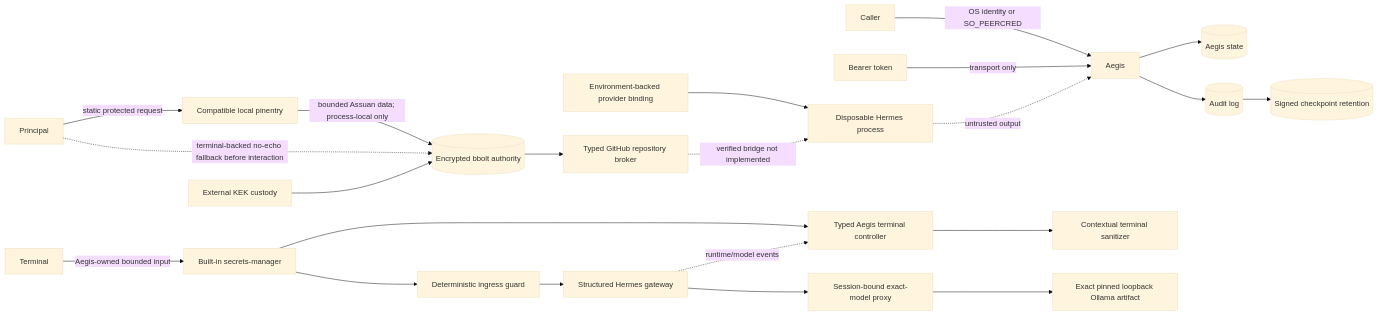
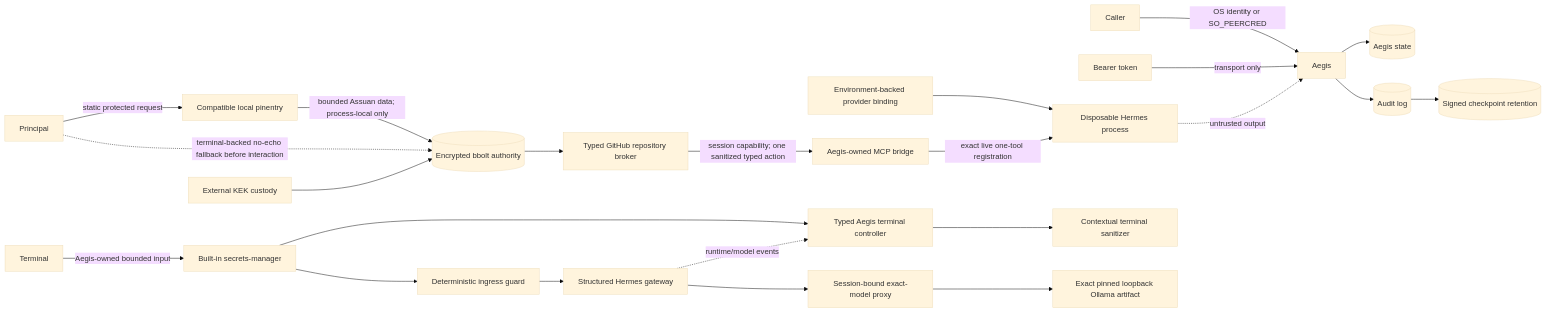
One commit to berryhill/aegis changed the diagram in docs/THREAT_MODEL.md. Above: the diagram before and after it, drawn with Mermaid (base theme). The commit also changed other lines of this file and 27 other files, not shown here.

````diff
--- a/docs/THREAT_MODEL.md
+++ b/docs/THREAT_MODEL.md
@@ -17,24 +17,25 @@
 ```mermaid
 flowchart LR
   Caller -->|OS identity or SO_PEERCRED| Aegis
   Token[Bearer token] -->|transport only| Aegis
   Aegis --> Store[(Aegis state)]
   Env[Environment-backed provider binding] --> Hermes[Disposable Hermes process]
   Principal -->|static protected request| Pinentry[Compatible local pinentry]
   Pinentry -->|bounded Assuan data; process-local only| Authority[(Encrypted bbolt authority)]
   Principal -. terminal-backed no-echo fallback before interaction .-> Authority
   KEK[External KEK custody] --> Authority
   Authority --> Broker[Typed GitHub repository broker]
-  Broker -. verified bridge not implemented .-> Hermes
+  Broker -->|session capability; one sanitized typed action| Bridge[Aegis-owned MCP bridge]
+  Bridge -->|exact live one-tool registration| Hermes
   Aegis --> Audit[(Audit log)]
   Audit --> Checkpoint[(Signed checkpoint retention)]
   Hermes -. untrusted output .-> Aegis
   Terminal -->|Aegis-owned bounded input| Manager[Built-in secrets-manager]
   Manager --> TUI[Typed Aegis terminal controller]
   Gateway -. runtime/model events .-> TUI
   TUI --> Sanitizer[Contextual terminal sanitizer]
   Manager --> Guard[Deterministic ingress guard]
   Guard --> Gateway[Structured Hermes gateway]
   Gateway --> Proxy[Session-bound exact-model proxy]
   Proxy --> Ollama[Exact pinned loopback Ollama artifact]
 ```
````
